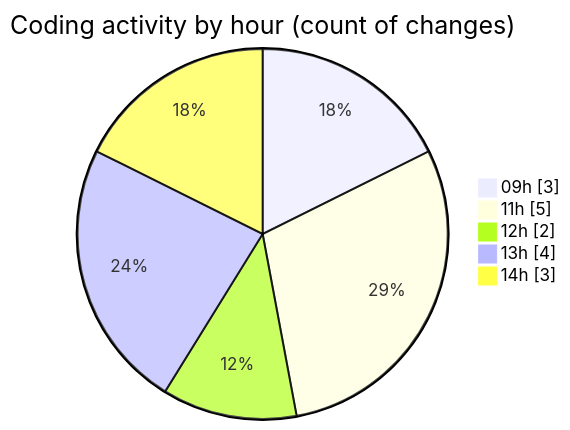
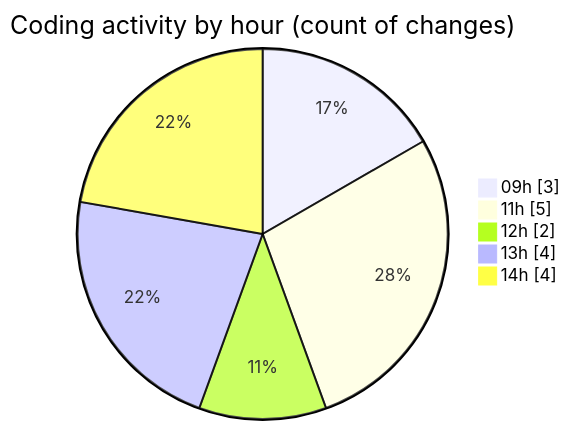
One commit to ricardozamudiocil/code-tracking changed the second of 2 diagrams in 2026-03-03/cilapp/README.md. Above: the diagram before and after it, drawn with Mermaid. The commit also changed other lines of this file and 1 other file, not shown here.

````diff
--- a/2026-03-03/cilapp/README.md
+++ b/2026-03-03/cilapp/README.md
@@ -35,9 +35,9 @@
 ```mermaid
 pie showData
 title Coding activity by hour (count of changes)
 "09h" : 3
 "11h" : 5
 "12h" : 2
 "13h" : 4
-"14h" : 3
+"14h" : 4
 ```
````
